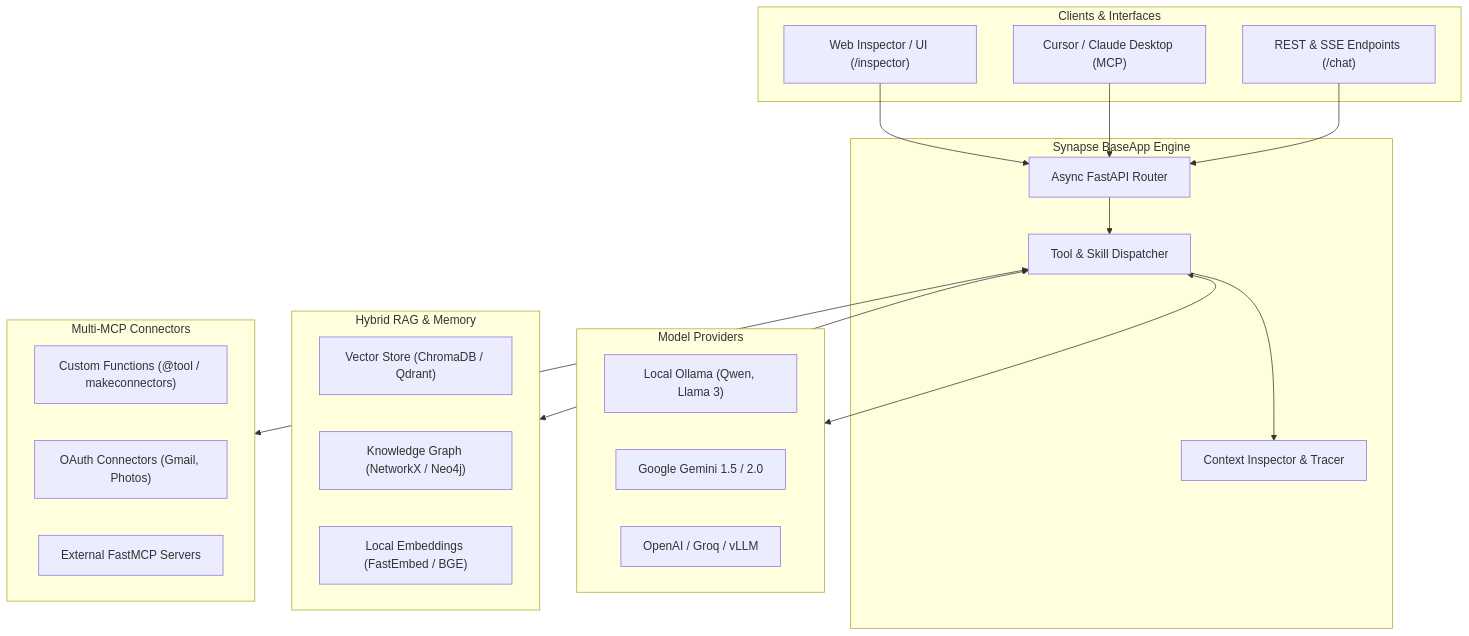
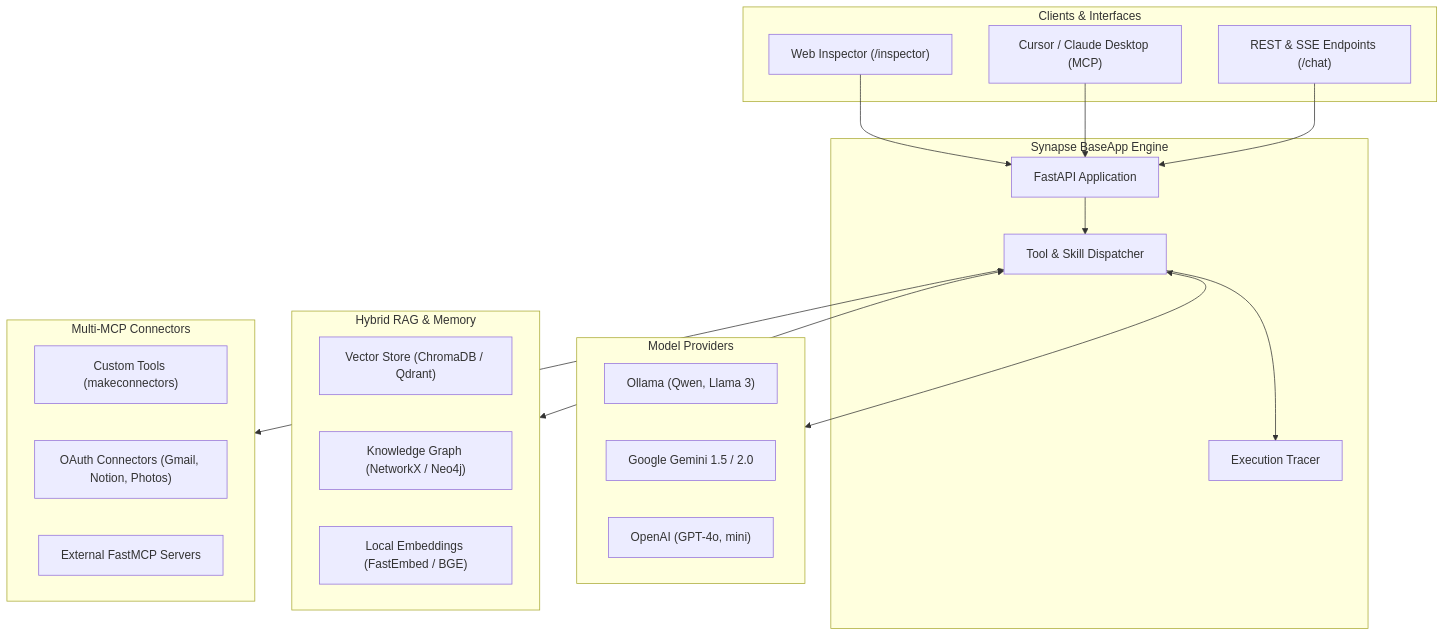
Before and after one commit to AKASH-KUMAR-BARPANDA/synapse-framework: the diagram in README.md, drawn with Mermaid. The commit also changed other lines of this file and 5 other files, not shown here.

````diff
--- a/README.md
+++ b/README.md
@@ -38,42 +74,42 @@
 ```mermaid
 flowchart TD
-    subgraph Client ["Clients & Interfaces"]
-        UI["Web Inspector / UI (/inspector)"]
+    subgraph Clients ["Clients & Interfaces"]
+        UI["Web Inspector (/inspector)"]
         CLI["Cursor / Claude Desktop (MCP)"]
         API["REST & SSE Endpoints (/chat)"]
     end
 
     subgraph Core ["Synapse BaseApp Engine"]
-        Router["Async FastAPI Router"]
-        Orch["Tool & Skill Dispatcher"]
-        Context["Context Inspector & Tracer"]
+        Router["FastAPI Application"]
+        Dispatcher["Tool & Skill Dispatcher"]
+        Context["Execution Tracer"]
     end
 
     subgraph LLM ["Model Providers"]
-        OLL["Local Ollama (Qwen, Llama 3)"]
+        OLL["Ollama (Qwen, Llama 3)"]
         GEM["Google Gemini 1.5 / 2.0"]
-        OAI["OpenAI / Groq / vLLM"]
+        OAI["OpenAI (GPT-4o, mini)"]
     end
 
     subgraph Storage ["Hybrid RAG & Memory"]
         Vec["Vector Store (ChromaDB / Qdrant)"]
         Graph["Knowledge Graph (NetworkX / Neo4j)"]
         Emb["Local Embeddings (FastEmbed / BGE)"]
     end
 
     subgraph Tools ["Multi-MCP Connectors"]
-        F1["Custom Functions (@tool / makeconnectors)"]
-        F2["OAuth Connectors (Gmail, Photos)"]
+        F1["Custom Tools (makeconnectors)"]
+        F2["OAuth Connectors (Gmail, Notion, Photos)"]
         F3["External FastMCP Servers"]
     end
 
     UI --> Router
     CLI --> Router
     API --> Router
 
-    Router --> Orch
-    Orch <--> LLM
-    Orch <--> Storage
-    Orch <--> Tools
-    Orch --> Context
+    Router --> Dispatcher
+    Dispatcher <--> LLM
+    Dispatcher <--> Storage
+    Dispatcher <--> Tools
+    Dispatcher --> Context
 ```
````
